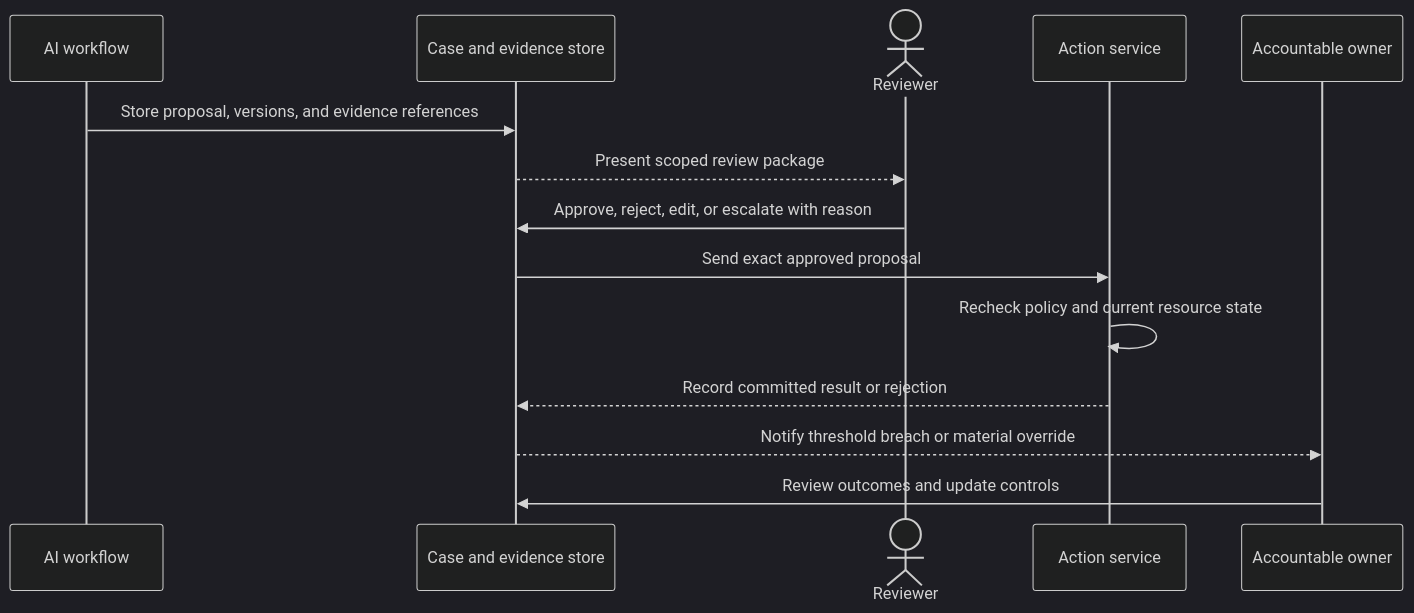
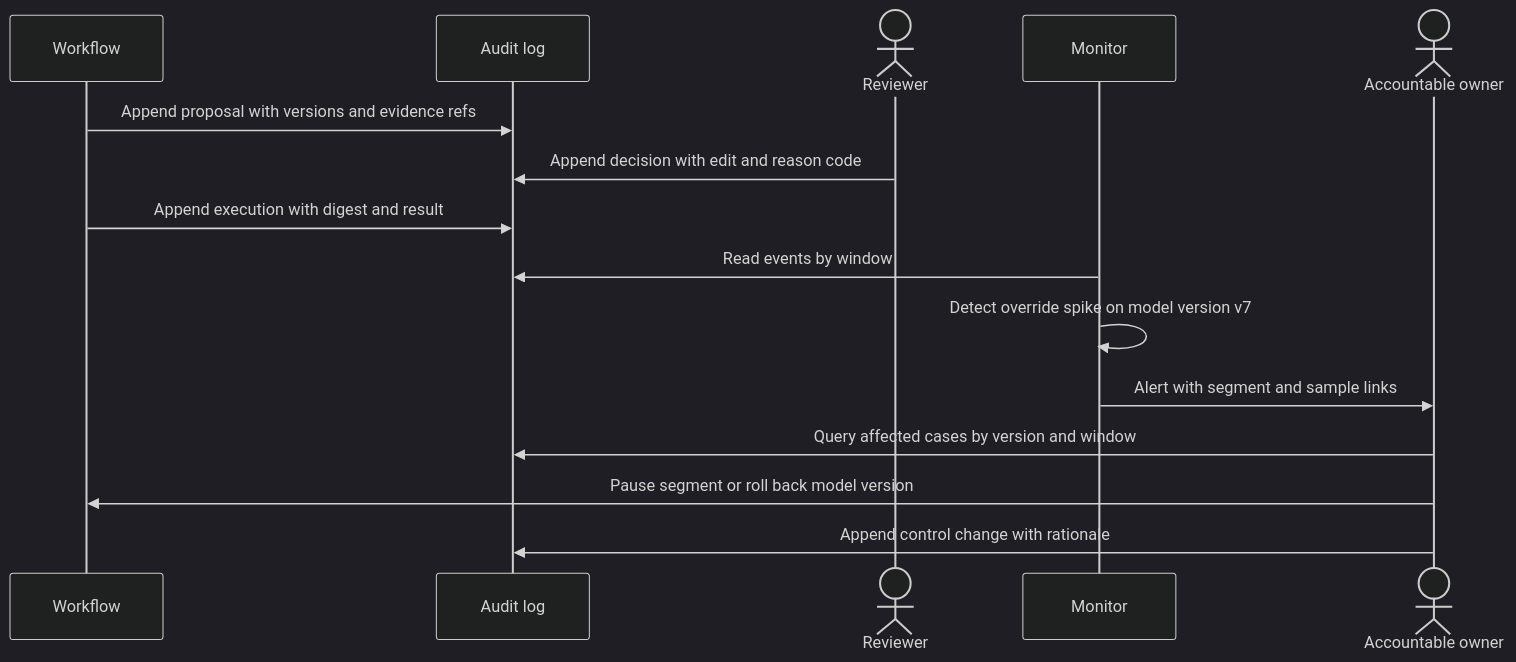
One commit to joydasss/Architect changed diagram 12 of 17 in 17_AI_Architecture/CH09_Human_Oversight_and_AI_Assisted_Workflow_Integration.md. Above: the diagram before and after it, drawn with Mermaid (dark theme). The commit also changed other lines of this file and 295 other files, not shown here.

````diff
--- a/17_AI_Architecture/CH09_Human_Oversight_and_AI_Assisted_Workflow_Integration.md
+++ b/17_AI_Architecture/CH09_Human_Oversight_and_AI_Assisted_Workflow_Integration.md
@@ -95,16 +1196,17 @@
 ```mermaid
 sequenceDiagram
-    participant Model as AI workflow
-    participant Case as Case and evidence store
-    actor Reviewer
-    participant Action as Action service
-    participant Owner as Accountable owner
-    Model->>Case: Store proposal, versions, and evidence references
-    Case-->>Reviewer: Present scoped review package
-    Reviewer->>Case: Approve, reject, edit, or escalate with reason
-    Case->>Action: Send exact approved proposal
-    Action->>Action: Recheck policy and current resource state
-    Action-->>Case: Record committed result or rejection
-    Case-->>Owner: Notify threshold breach or material override
-    Owner->>Case: Review outcomes and update controls
+    participant W as Workflow
+    participant L as Audit log
+    actor R as Reviewer
+    participant M as Monitor
+    actor O as Accountable owner
+    W->>L: Append proposal with versions and evidence refs
+    R->>L: Append decision with edit and reason code
+    W->>L: Append execution with digest and result
+    M->>L: Read events by window
+    M->>M: Detect override spike on model version v7
+    M->>O: Alert with segment and sample links
+    O->>L: Query affected cases by version and window
+    O->>W: Pause segment or roll back model version
+    O->>L: Append control change with rationale
 ```
````
